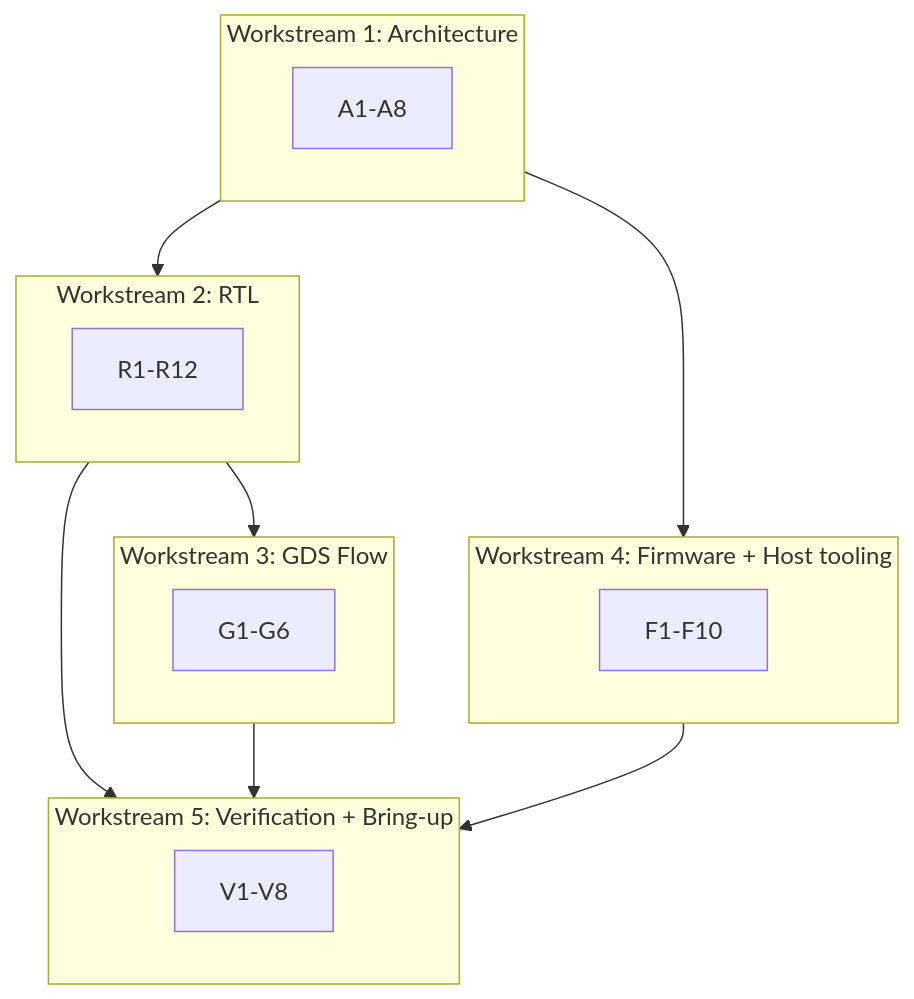
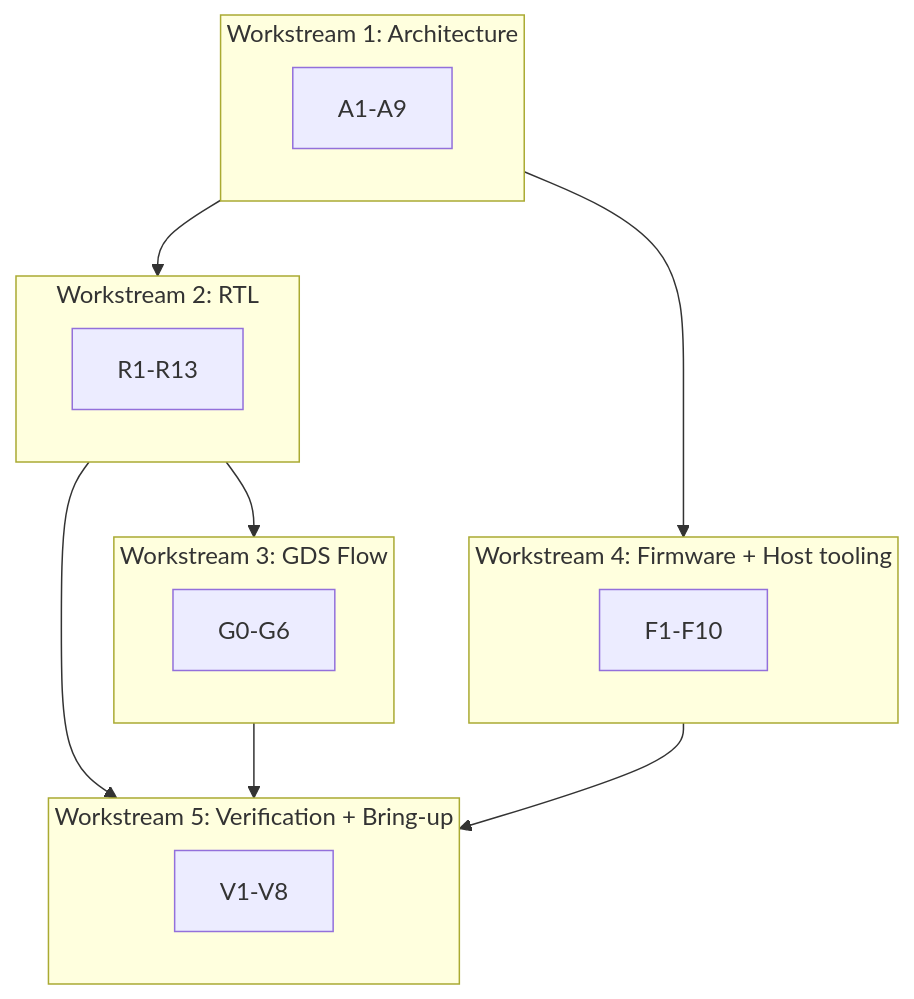
Before and after one commit to Rishadd/protocol_emulator: the diagram in docs/EXECUTION_PLAN.md, drawn with Mermaid. The commit also changed other lines of this file and 33 other files, not shown here.

````diff
--- a/docs/EXECUTION_PLAN.md
+++ b/docs/EXECUTION_PLAN.md
@@ -41,24 +54,24 @@
 ```mermaid
 flowchart TB
     subgraph W1[Workstream 1: Architecture]
-    A1-A8
+    A1-A9
     end
     subgraph W2[Workstream 2: RTL]
-    R1-R12
+    R1-R13
     end
     subgraph W3[Workstream 3: GDS Flow]
-    G1-G6
+    G0-G6
     end
     subgraph W4[Workstream 4: Firmware + Host tooling]
     F1-F10
     end
     subgraph W5[Workstream 5: Verification + Bring-up]
     V1-V8
     end
     W1 --> W2
     W1 --> W4
     W2 --> W3
     W2 --> W5
     W3 --> W5
     W4 --> W5
 ```
````
